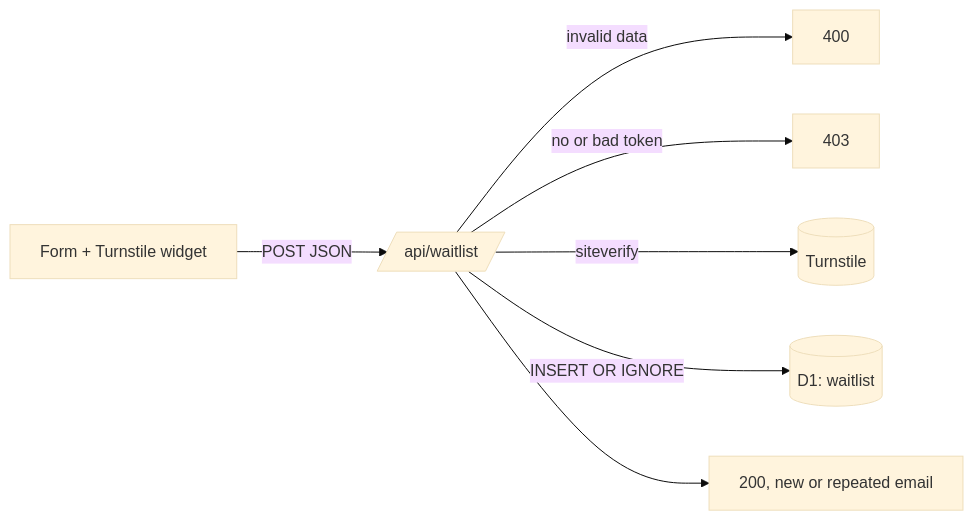
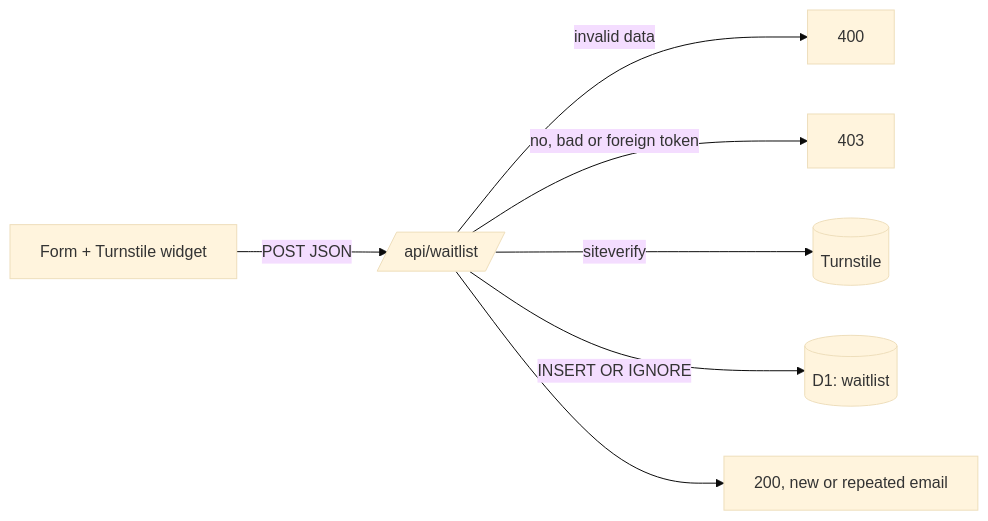
Before and after one commit to Alexcontra99/where-to-live: the diagram in apps/web/README.md, drawn with Mermaid (base theme). The commit also changed other lines of this file and 17 other files, not shown here.

````diff
--- a/apps/web/README.md
+++ b/apps/web/README.md
@@ -14,9 +14,9 @@
 ```mermaid
 flowchart LR
   F[Form + Turnstile widget] -->|POST JSON| W[/api/waitlist/]
   W -->|invalid data| E400[400]
-  W -->|no or bad token| E403[403]
+  W -->|no, bad or foreign token| E403[403]
   W -->|siteverify| T[(Turnstile)]
   W -->|INSERT OR IGNORE| D[(D1: waitlist)]
   W --> OK[200, new or repeated email]
 ```
````
